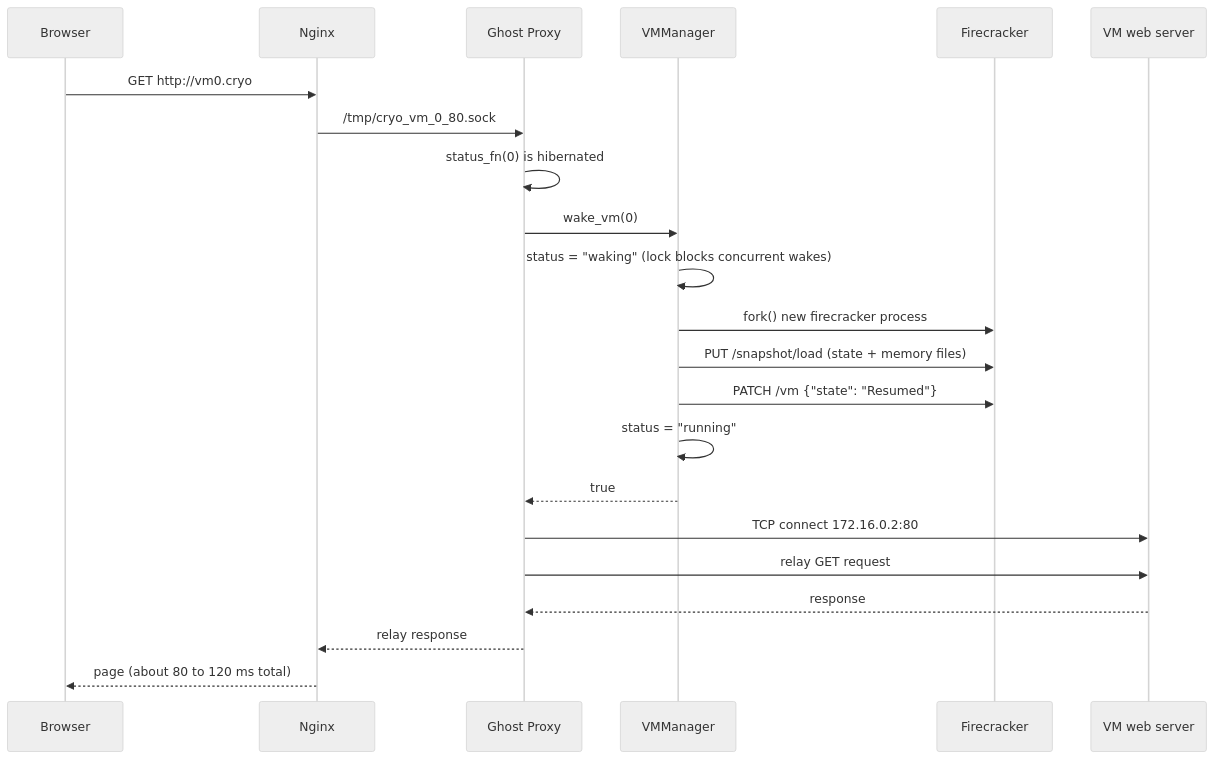
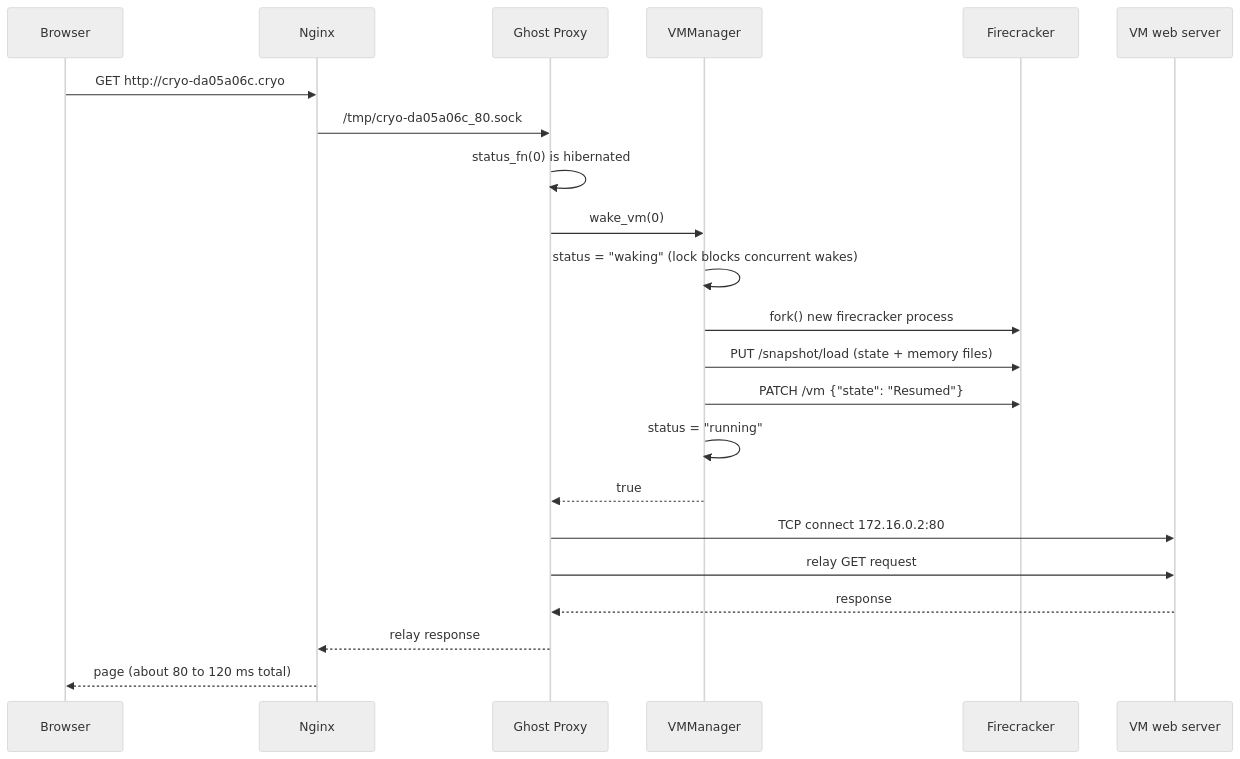
The second of 2 diagrams in DESIGN.md (NirjharDebnath/CryoSpawn), drawn with Mermaid (neutral theme) before and after one commit. The commit also changed other lines of this file and 10 other files, not shown here.

````diff
--- a/DESIGN.md
+++ b/DESIGN.md
@@ -382,25 +382,25 @@
 ```mermaid
 sequenceDiagram
     participant B as Browser
     participant N as Nginx
     participant P as Ghost Proxy
     participant M as VMManager
     participant F as Firecracker
     participant V as VM web server
 
-    B->>N: GET http://vm0.cryo
-    N->>P: /tmp/cryo_vm_0_80.sock
+    B->>N: GET http://cryo-da05a06c.cryo
+    N->>P: /tmp/cryo-da05a06c_80.sock
     P->>P: status_fn(0) is hibernated
     P->>M: wake_vm(0)
     M->>M: status = "waking" (lock blocks concurrent wakes)
     M->>F: fork() new firecracker process
     M->>F: PUT /snapshot/load (state + memory files)
     M->>F: PATCH /vm {"state": "Resumed"}
     M->>M: status = "running"
     M-->>P: true
     P->>V: TCP connect 172.16.0.2:80
     P->>V: relay GET request
     V-->>P: response
     P-->>N: relay response
     N-->>B: page (about 80 to 120 ms total)
 ```
````
